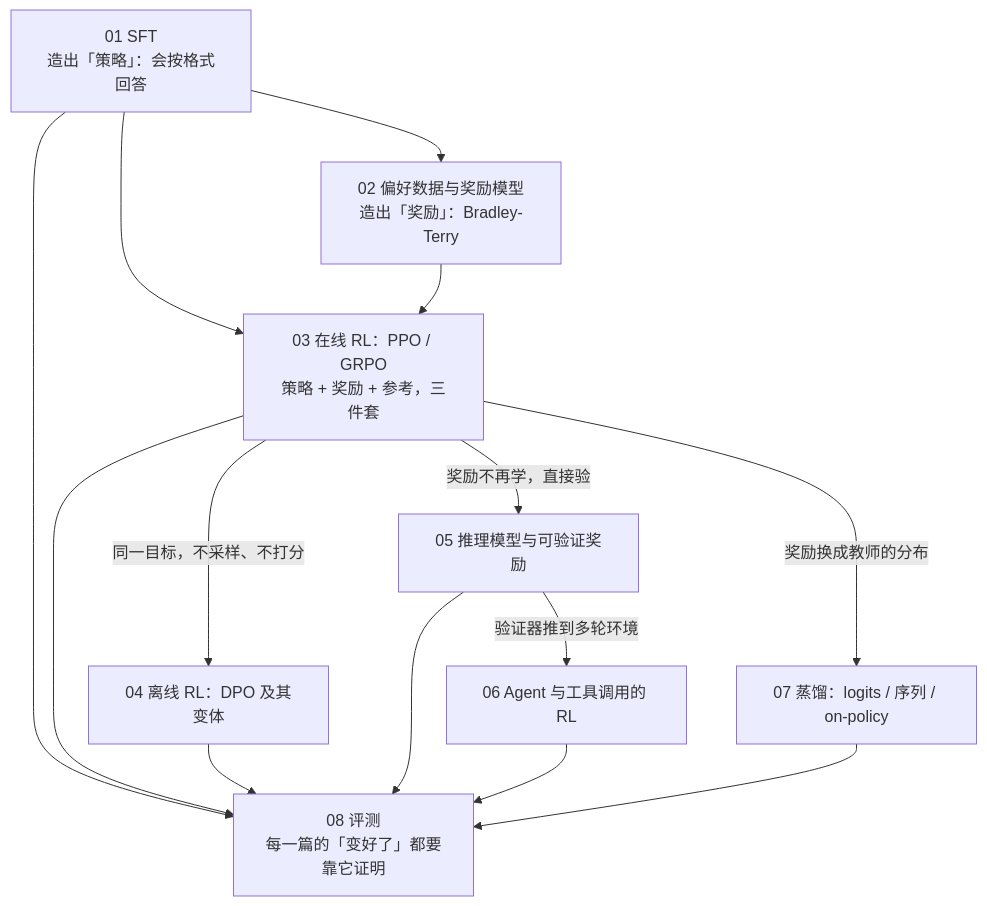
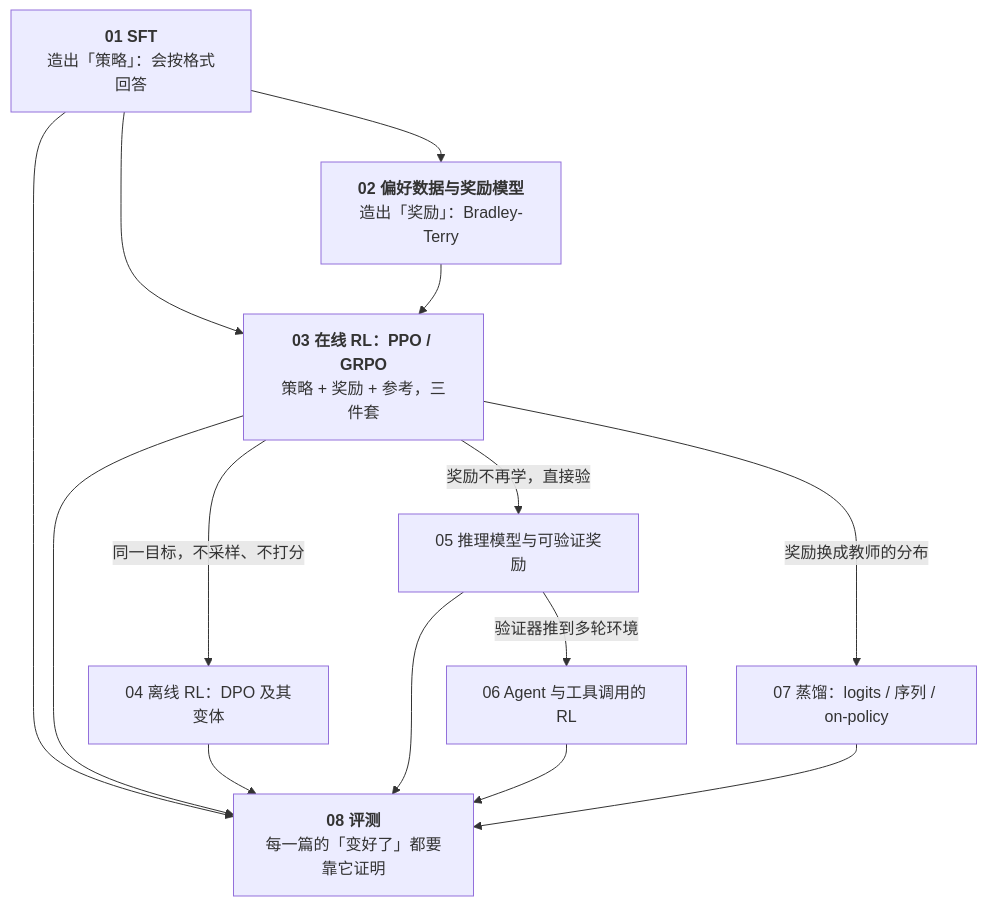
The diagram in _posts/2026-04-23-post-training-series-recap-and-self-test.md (arganzheng/arganzheng.github.com), drawn with Mermaid before and after one commit. The commit also changed 4 other files, not shown here.

First line of the commit message:
后训练：从 SFT 到可验证奖励：Mermaid 多行方框的首行标为标题（5 篇）

````diff
--- a/_posts/2026-04-23-post-training-series-recap-and-self-test.md
+++ b/_posts/2026-04-23-post-training-series-recap-and-self-test.md
@@ -19,13 +19,13 @@
 ```mermaid
 %%{init: {"flowchart": {"wrappingWidth": 180}}}%%
 %% 图：后训练系列全景：策略 / 奖励 / 参考三件套在八篇里逐篇替换
 flowchart TB
-    S1["01 SFT<br/>造出「策略」：会按格式回答"] --> R2["02 偏好数据与奖励模型<br/>造出「奖励」：Bradley-Terry"]
-    S1 & R2 --> O3["03 在线 RL：PPO / GRPO<br/>策略 + 奖励 + 参考，三件套"]
+    S1["<b>01 SFT</b><br/>造出「策略」：会按格式回答"] --> R2["<b>02 偏好数据与奖励模型</b><br/>造出「奖励」：Bradley-Terry"]
+    S1 & R2 --> O3["<b>03 在线 RL：PPO / GRPO</b><br/>策略 + 奖励 + 参考，三件套"]
     O3 -- "同一目标，不采样、不打分" --> D4["04 离线 RL：DPO 及其变体"]
     O3 -- "奖励不再学，直接验" --> V5["05 推理模型与可验证奖励"]
     V5 -- "验证器推到多轮环境" --> A6["06 Agent 与工具调用的 RL"]
     O3 -- "奖励换成教师的分布" --> K7["07 蒸馏：logits / 序列 / on-policy"]
-    S1 & O3 & D4 & V5 & A6 & K7 --> E8["08 评测<br/>每一篇的「变好了」都要靠它证明"]
+    S1 & O3 & D4 & V5 & A6 & K7 --> E8["<b>08 评测</b><br/>每一篇的「变好了」都要靠它证明"]
 
 ```
````
